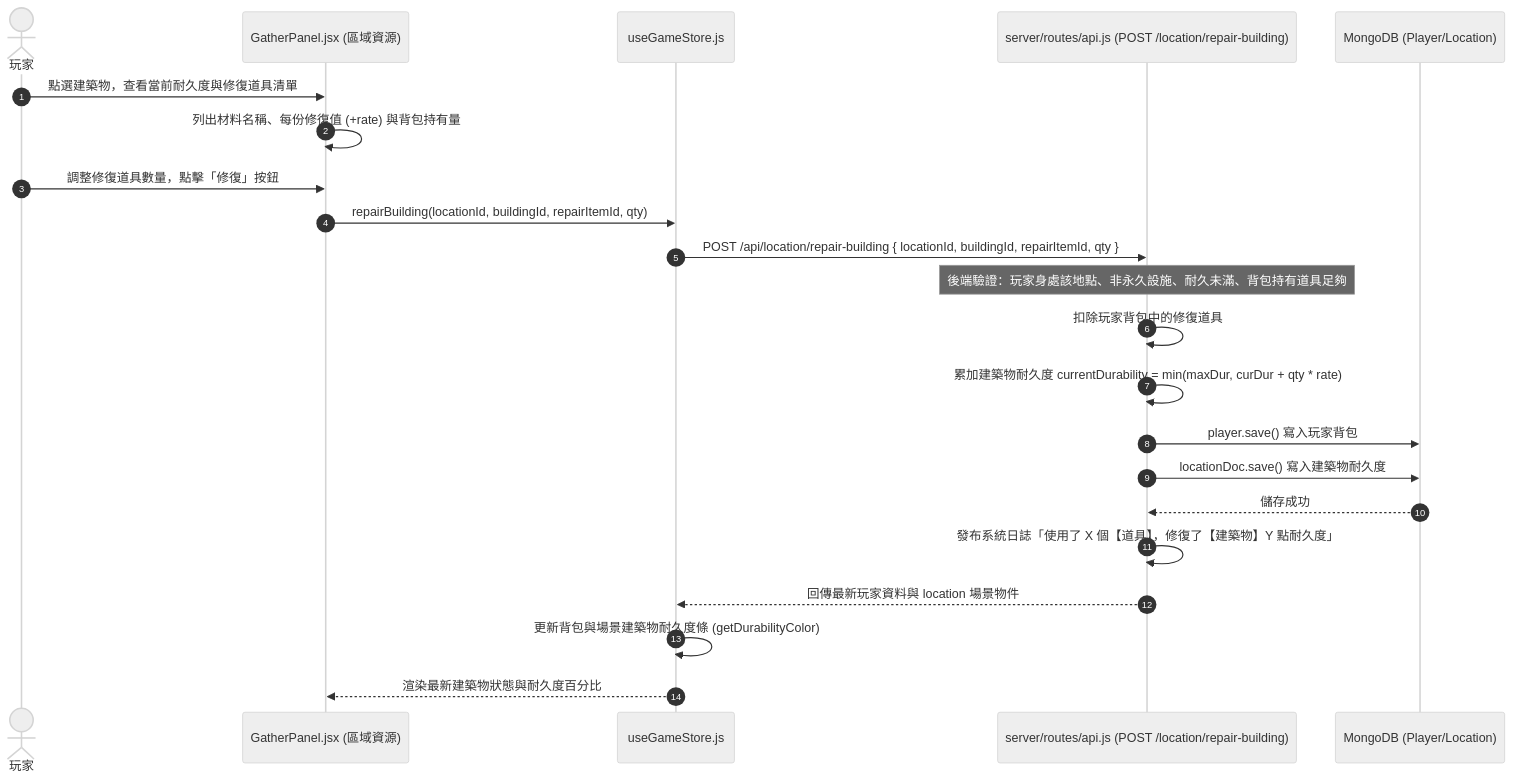
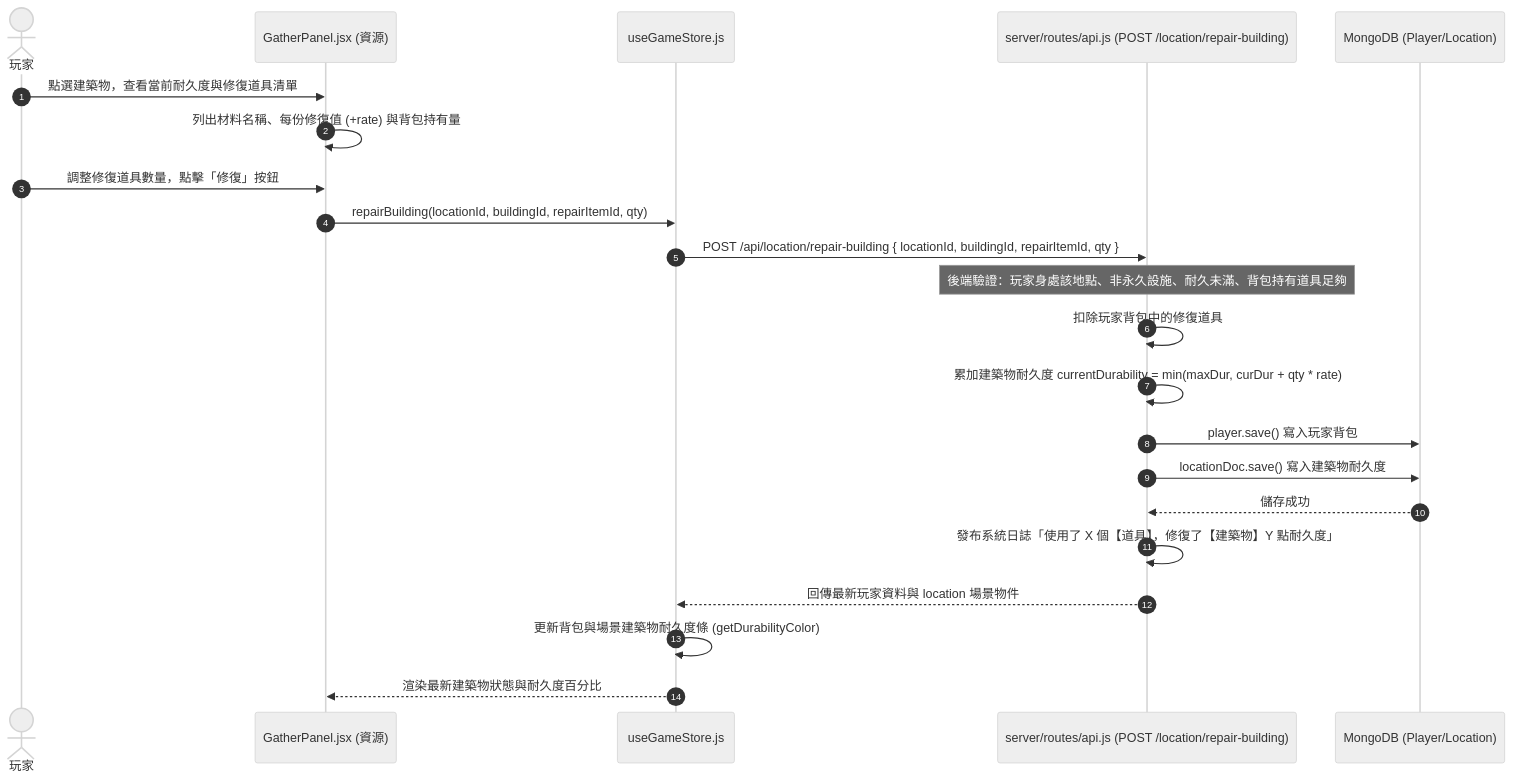
The sixth of 16 diagrams in README.md (csiehsu/Aether-Immersion), drawn with Mermaid (neutral theme) before and after one commit. The commit also changed other lines of this file and 10 other files, not shown here.

````diff
--- a/README.md
+++ b/README.md
@@ -436,25 +436,25 @@
 ```mermaid
 sequenceDiagram
     autonumber
     actor Player as 玩家
-    participant View as GatherPanel.jsx (區域資源)
+    participant View as GatherPanel.jsx (資源)
     participant Store as useGameStore.js
     participant API as server/routes/api.js (POST /location/repair-building)
     participant DB as MongoDB (Player/Location)
 
     Player->>View: 點選建築物，查看當前耐久度與修復道具清單
     View->>View: 列出材料名稱、每份修復值 (+rate) 與背包持有量
     Player->>View: 調整修復道具數量，點擊「修復」按鈕
     View->>Store: repairBuilding(locationId, buildingId, repairItemId, qty)
     Store->>API: POST /api/location/repair-building { locationId, buildingId, repairItemId, qty }
     Note over API: 後端驗證：玩家身處該地點、非永久設施、耐久未滿、背包持有道具足夠
     API->>API: 扣除玩家背包中的修復道具
     API->>API: 累加建築物耐久度 currentDurability = min(maxDur, curDur + qty * rate)
     API->>DB: player.save() 寫入玩家背包
     API->>DB: locationDoc.save() 寫入建築物耐久度
     DB-->>API: 儲存成功
     API->>API: 發布系統日誌「使用了 X 個【道具】，修復了【建築物】Y 點耐久度」
     API-->>Store: 回傳最新玩家資料與 location 場景物件
     Store->>Store: 更新背包與場景建築物耐久度條 (getDurabilityColor)
     Store-->>View: 渲染最新建築物狀態與耐久度百分比
 ```
````
